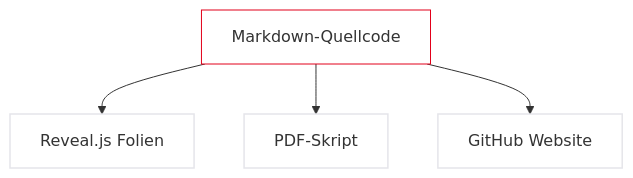
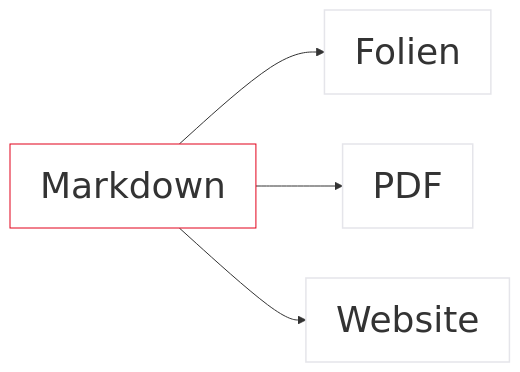
The second of 38 diagrams in vorlesungen/01_kickoff.qmd (dantschi/mct1), drawn with Mermaid before and after one commit. The commit also changed other lines of this file and 6 other files, not shown here.

First line of the commit message:
Behebe Mermaid-Lesbarkeit und Folien-Overflow im Kickoff.

````diff
--- a/vorlesungen/01_kickoff.qmd
+++ b/vorlesungen/01_kickoff.qmd
@@ -87,10 +86,11 @@
 ```{mermaid}
-graph TD
-  A[Markdown-Quellcode] --> B[Reveal.js Folien]
-  A --> C[PDF-Skript]
-  A --> D[GitHub Website]
+%%{init: {'themeVariables': {'fontSize': '36px', 'fontFamily': 'Inter, sans-serif'}}}%%
+graph LR
+  A[Markdown] --> B[Folien]
+  A --> C[PDF]
+  A --> D[Website]
   style A fill:#FFFFFF,stroke:#E2001A,stroke-width:2px !important
   style B fill:#FFFFFF,stroke:#E5E5EA,stroke-width:1.5px
   style C fill:#FFFFFF,stroke:#E5E5EA,stroke-width:1.5px
   style D fill:#FFFFFF,stroke:#E5E5EA,stroke-width:1.5px
 ```
````
